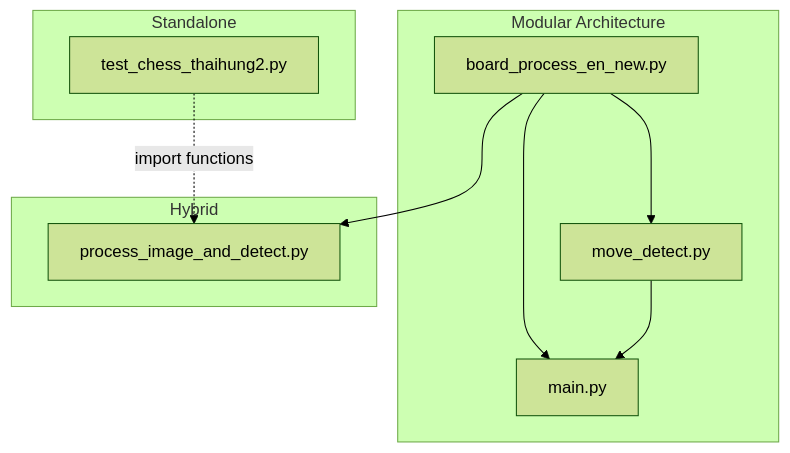
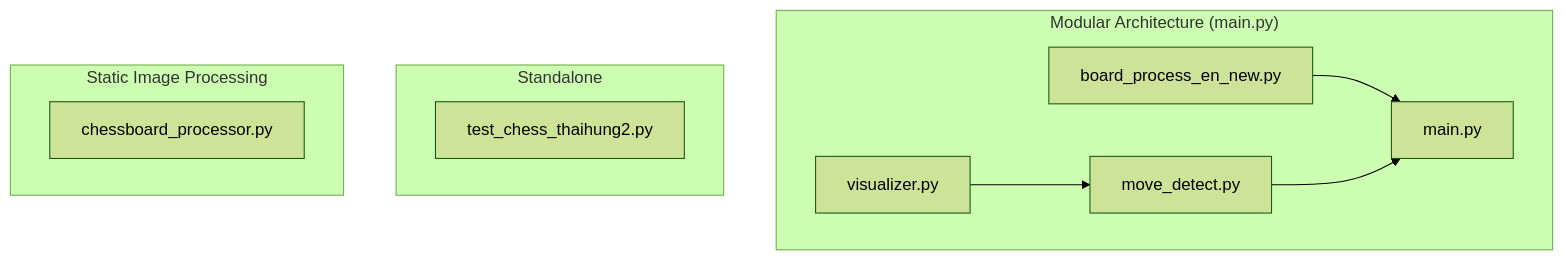
Before and after one commit to TrGiaHuy1710-valid/testChess: the second of 2 diagrams in project_analysis.md, drawn with Mermaid (forest theme). The commit also changed other lines of this file and 6 other files, not shown here.

````diff
--- a/project_analysis.md
+++ b/project_analysis.md
@@ -32,17 +34,16 @@
 ```mermaid
 graph TD
-    subgraph "Modular Architecture"
-        BPN[board_process_en_new.py] --> MD[move_detect.py]
-        BPN --> MAIN[main.py]
+    subgraph "Modular Architecture (main.py)"
+        VIS[visualizer.py] --> MD[move_detect.py]
+        BPN[board_process_en_new.py] --> MAIN[main.py]
         MD --> MAIN
     end
 
     subgraph "Standalone"
         TEST[test_chess_thaihung2.py]
     end
 
-    subgraph "Hybrid"
-        BPN --> PID[process_image_and_detect.py]
-        TEST -.->|import functions| PID
+    subgraph "Static Image Processing"
+        CBP[chessboard_processor.py]
     end
 ```
````
